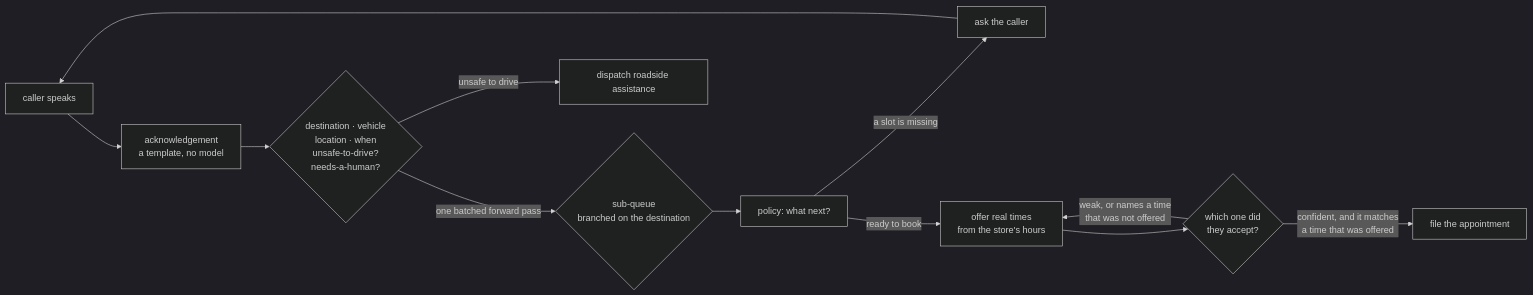
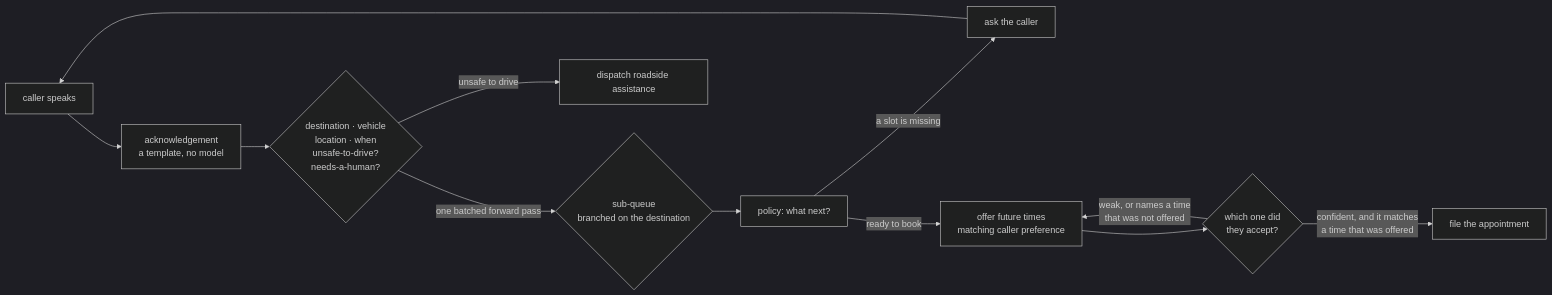
The first of 2 diagrams in DEMO.md (riefer02/laya-call-router), drawn with Mermaid (dark theme) before and after one commit. The commit also changed other lines of this file and 21 other files, not shown here.

````diff
--- a/DEMO.md
+++ b/DEMO.md
@@ -16,14 +16,14 @@
 ```mermaid
 flowchart LR
     A["caller speaks"] --> B["acknowledgement<br/>a template, no model"]
     B --> C{"destination · vehicle<br/>location · when<br/>unsafe-to-drive?<br/>needs-a-human?"}
     C -->|"one batched forward pass"| D{"sub-queue<br/>branched on the destination"}
     D --> E["policy: what next?"]
     E -->|"a slot is missing"| F["ask the caller"]
     F --> A
-    E -->|"ready to book"| G["offer real times<br/>from the store's hours"]
+    E -->|"ready to book"| G["offer future times<br/>matching caller preference"]
     G --> H{"which one did<br/>they accept?"}
     H -->|"confident, and it matches<br/>a time that was offered"| I["file the appointment"]
     H -->|"weak, or names a time<br/>that was not offered"| G
     C -->|"unsafe to drive"| J["dispatch roadside assistance"]
 ```
````
